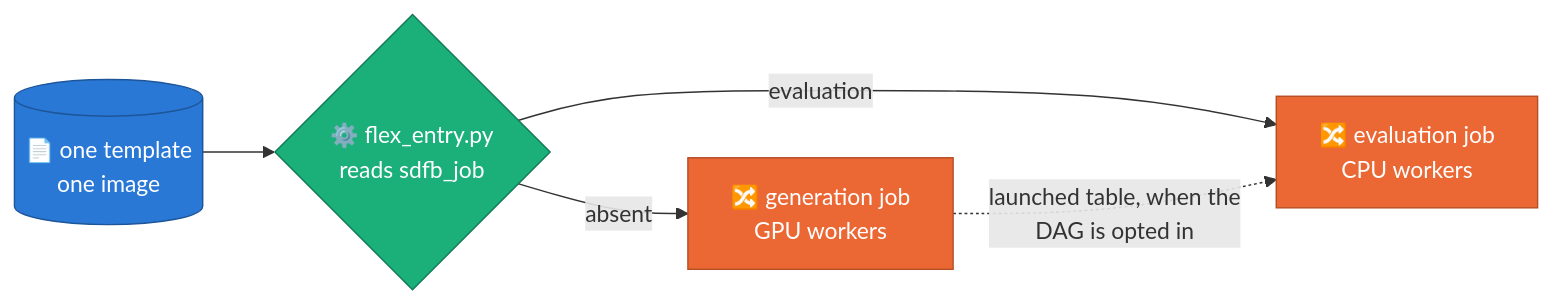
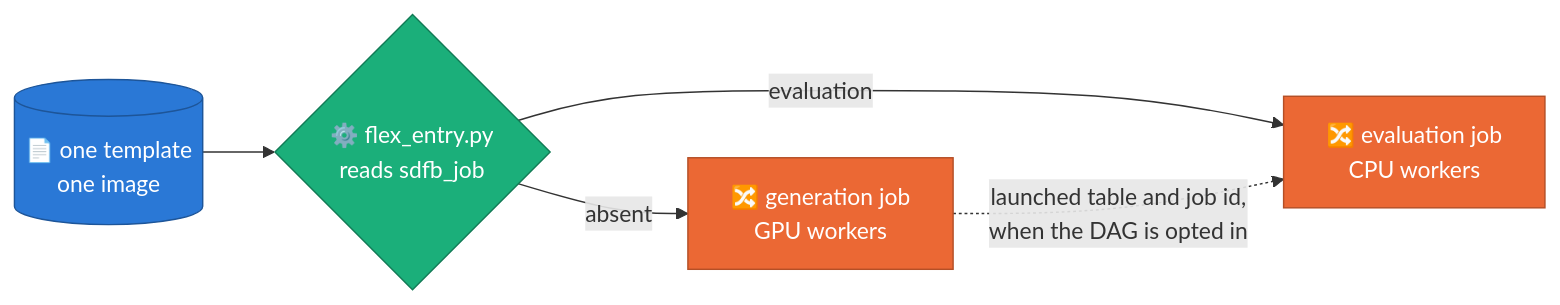
The tenth of 12 diagrams in docs/DESIGN.md (albertols/synthetic-llm-dataflow-bigquery), drawn with Mermaid before and after one commit. The commit also changed other lines of this file and 16 other files, not shown here.

````diff
--- a/docs/DESIGN.md
+++ b/docs/DESIGN.md
@@ -586,12 +586,12 @@
 ```mermaid
 flowchart LR
   classDef beam  fill:#eb6834,color:#fff,stroke:#b44f26
   classDef cpu   fill:#1baf7a,color:#fff,stroke:#127a55
   classDef store fill:#2a78d6,color:#fff,stroke:#1d5599
   classDef data  fill:#6b7280,color:#fff,stroke:#4b5563
 
   T[("📄 one template<br/>one image")]:::store --> E{"⚙️ flex_entry.py<br/>reads sdfb_job"}:::cpu
   E -- "absent" --> G["🔀 generation job<br/>GPU workers"]:::beam
   E -- "evaluation" --> V["🔀 evaluation job<br/>CPU workers"]:::beam
-  G -. "launched table, when the<br/>DAG is opted in" .-> V
+  G -. "launched table and job id,<br/>when the DAG is opted in" .-> V
 ```
````
